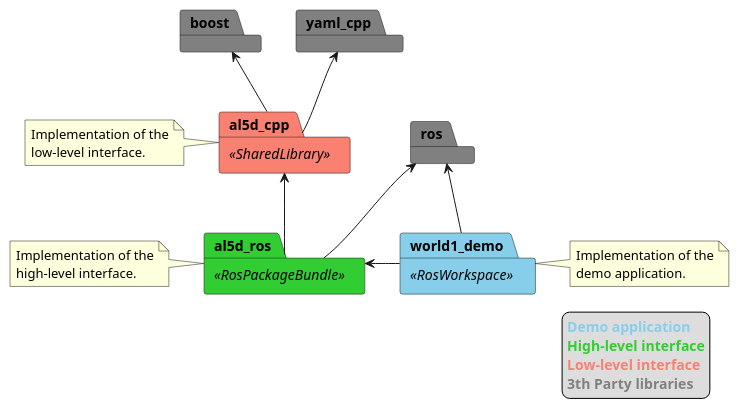
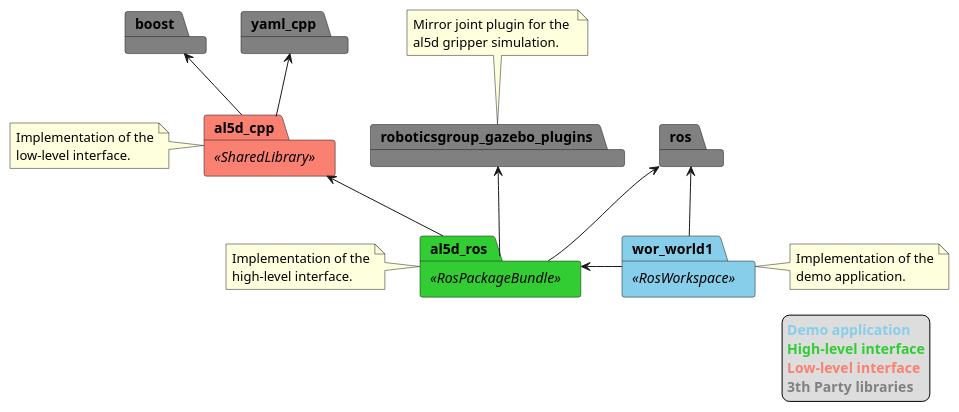
Before and after one commit to bscp/al5d_cpp: the diagram in doc/package_diagram.puml, drawn with PlantUML. The commit also changed 9 other files, not shown here.

Commit message:
Update UML diagrams

```diff
--- a/doc/package_diagram.puml
+++ b/doc/package_diagram.puml
@@ -1,28 +1,31 @@
 @startuml
 
 package al5d_cpp <<SharedLibrary>> #Salmon
 package al5d_ros <<RosPackageBundle>> #LimeGreen
 package ros #Gray
 package boost #Gray
 package yaml_cpp#Gray
-package world1_demo <<RosWorkspace>> #SkyBlue
+package roboticsgroup_gazebo_plugins#Gray
+package wor_world1 <<RosWorkspace>> #SkyBlue
 
 al5d_cpp <-- al5d_ros
 boost <-- al5d_cpp
 yaml_cpp <-- al5d_cpp
 ros <-- al5d_ros
-ros <-- world1_demo
-al5d_ros <- world1_demo
+ros <-- wor_world1
+al5d_ros <- wor_world1
+roboticsgroup_gazebo_plugins <-- al5d_ros
 
 note left of al5d_cpp : Implementation of the\nlow-level interface.
 note left of al5d_ros : Implementation of the\nhigh-level interface.
-note right of world1_demo : Implementation of the\ndemo application.
+note right of wor_world1 : Implementation of the\ndemo application.
+note top of roboticsgroup_gazebo_plugins : Mirror joint plugin for the \nal5d gripper simulation.
 
 legend right
   <b><color:SkyBlue>Demo application</color></b>
   <b><color:LimeGreen>High-level interface</color></b>
   <b><color:Salmon>Low-level interface</color></b>
   <b><color:Gray>3th Party libraries</color></b>
 endlegend
 
 @enduml
```
